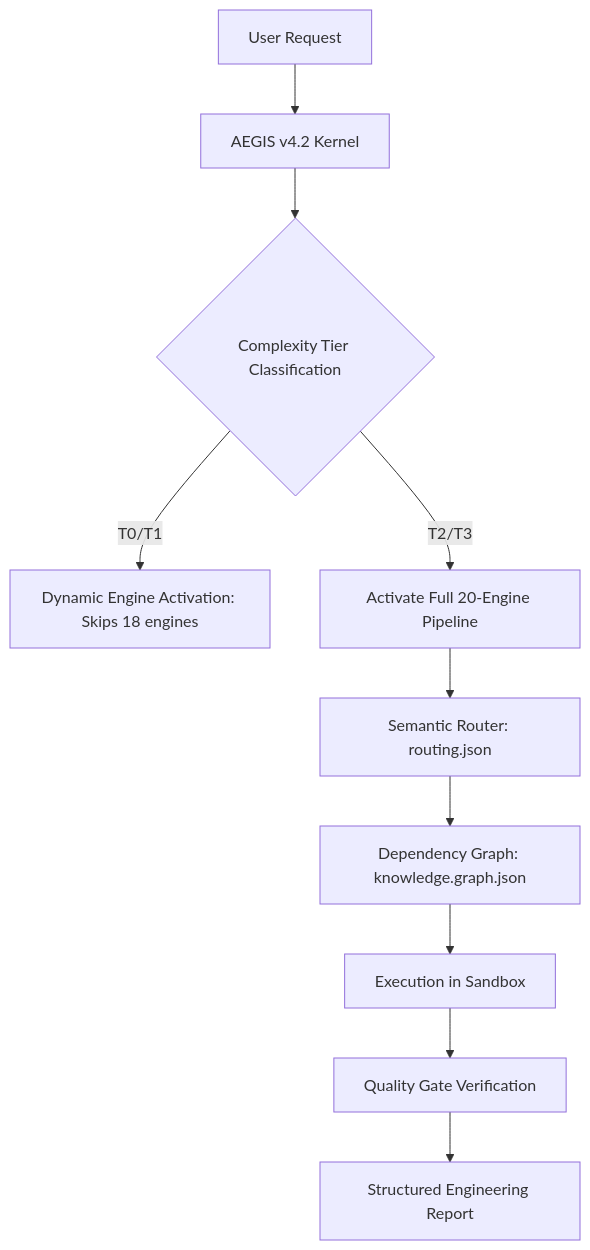
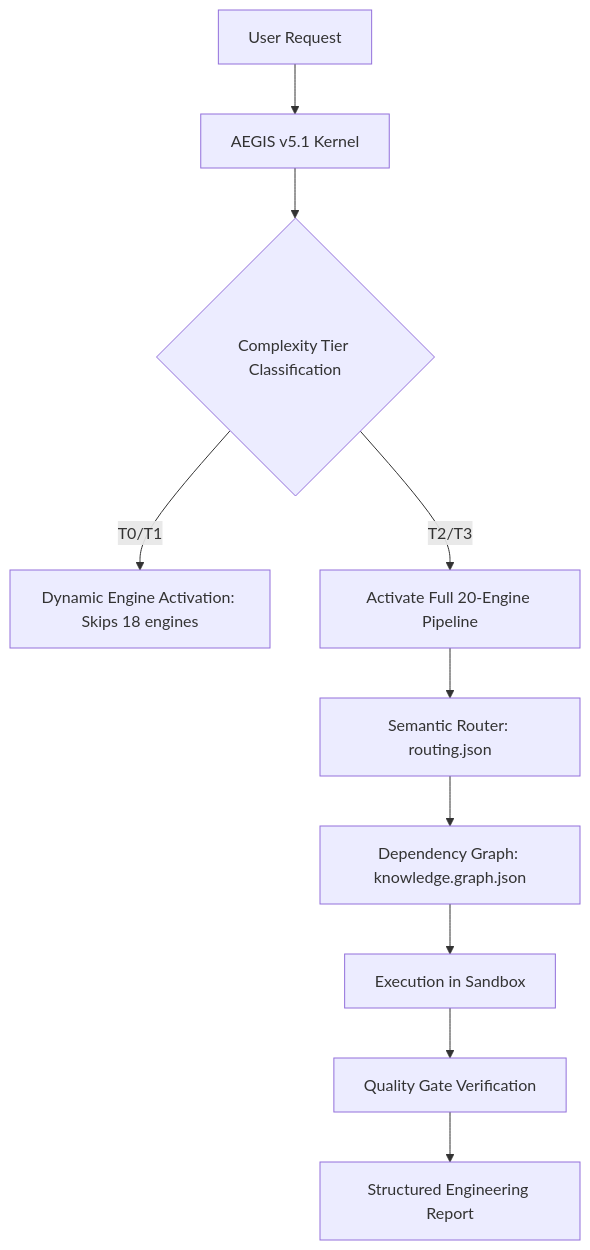
One commit to wahyunuriman999/AEGIS-Core changed the diagram in README.md. Above: the diagram before and after it, drawn with Mermaid. The commit also changed other lines of this file, not shown here.

````diff
--- a/README.md
+++ b/README.md
@@ -87,12 +87,12 @@
 ```mermaid
 graph TD
-    A[User Request] --> B[AEGIS v4.2 Kernel]
+    A[User Request] --> B[AEGIS v5.1 Kernel]
     B --> C{Complexity Tier Classification}
     C -->|T0/T1| D[Dynamic Engine Activation: Skips 18 engines]
     C -->|T2/T3| E[Activate Full 20-Engine Pipeline]
     E --> F[Semantic Router: routing.json]
     F --> G[Dependency Graph: knowledge.graph.json]
     G --> H[Execution in Sandbox]
     H --> I[Quality Gate Verification]
     I --> J[Structured Engineering Report]
 ```
````
